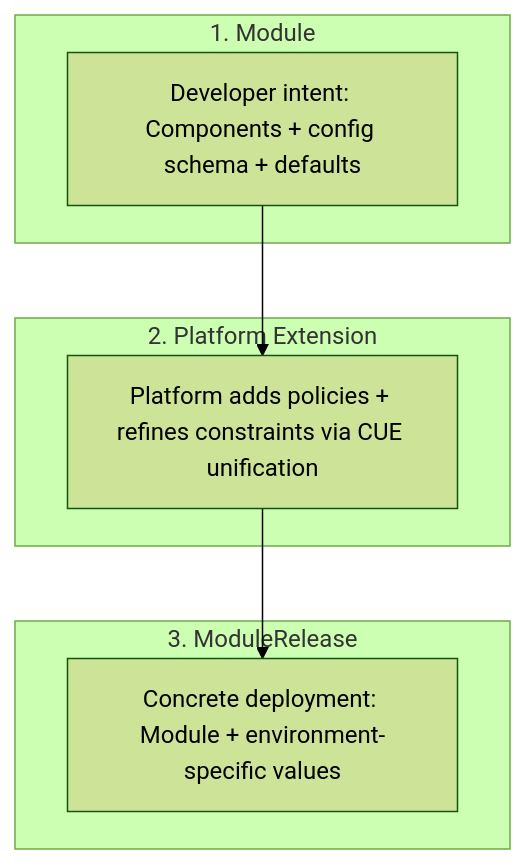
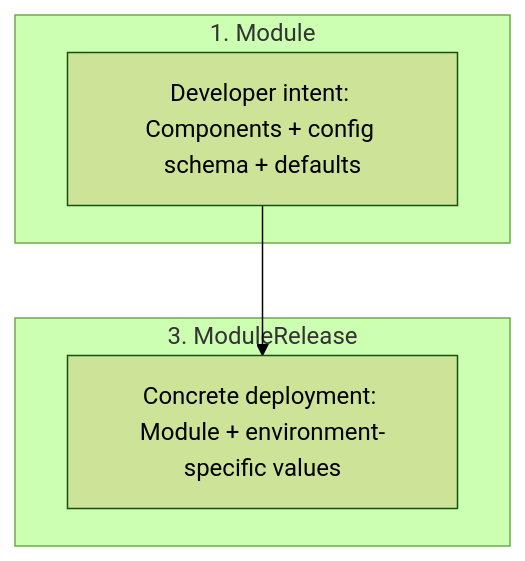
Before and after one commit to open-platform-model/catalog: the diagram in README.md, drawn with Mermaid (forest theme). The commit also changed other lines of this file, not shown here.

````diff
--- a/README.md
+++ b/README.md
@@ -39,17 +39,13 @@
 ```mermaid
 graph TB
 
 subgraph "1. Module"
   MD[Developer intent: Components + config schema + defaults]
 end
 
-subgraph "2. Platform Extension"
-  MOD[Platform adds policies + refines constraints via CUE unification]
-end
-
 subgraph "3. ModuleRelease"
   MR[Concrete deployment: Module + environment-specific values]
 end
 
-MD --> MOD --> MR
+MD --> MR
 ```
````
